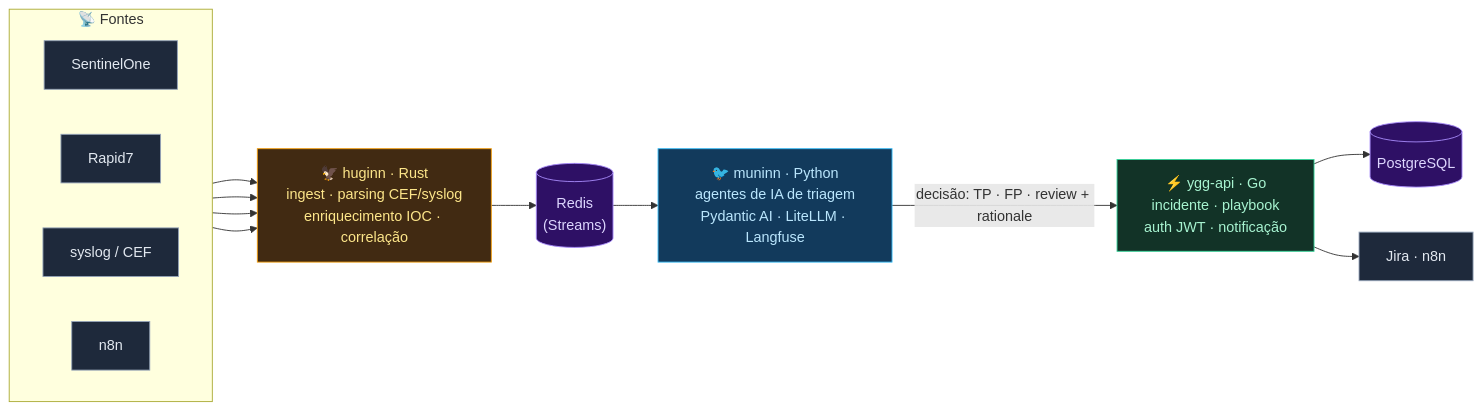
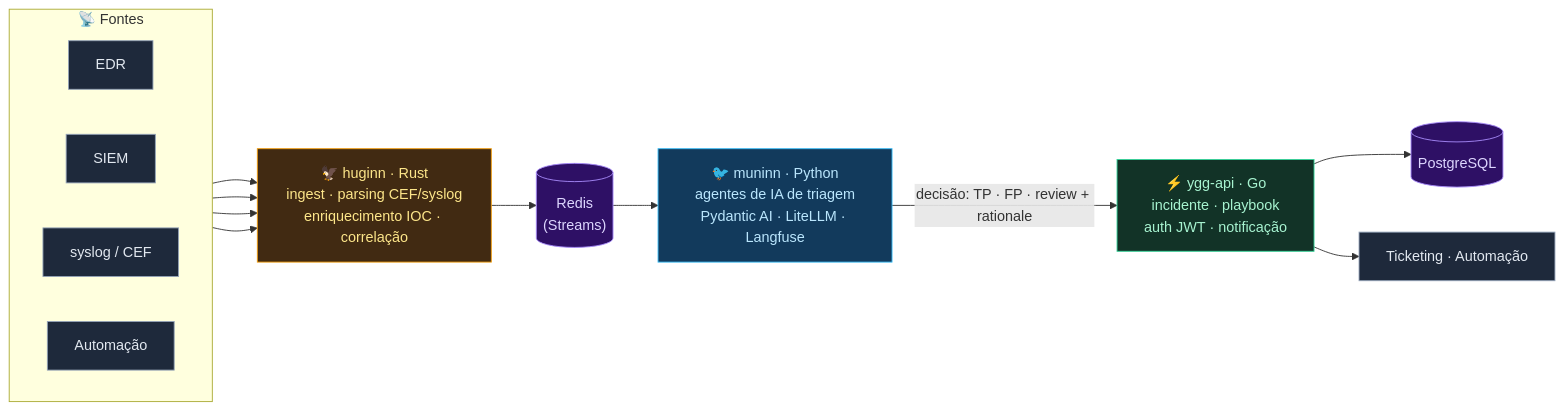
Before and after one commit to somoza00/Yggdrasil: the diagram in README.md, drawn with Mermaid. The commit also changed 8 other files, not shown here.

````diff
--- a/README.md
+++ b/README.md
@@ -25,34 +25,34 @@
 ```mermaid
 flowchart LR
     subgraph SRC["📡 Fontes"]
         direction LR
-        S1["SentinelOne"]
-        S2["Rapid7"]
-        S3["syslog / CEF"]
-        S4["n8n"]
+        F1["EDR"]
+        F2["SIEM"]
+        F3["syslog / CEF"]
+        F4["Automação"]
     end
 
     HGI["🦅 huginn · Rust<br/>ingest · parsing CEF/syslog<br/>enriquecimento IOC · correlação"]
     REDIS[("Redis<br/>(Streams)")]
     MNN["🐦 muninn · Python<br/>agentes de IA de triagem<br/>Pydantic AI · LiteLLM · Langfuse"]
     YGG["⚡ ygg-api · Go<br/>incidente · playbook<br/>auth JWT · notificação"]
     DB[("PostgreSQL")]
 
-    S1 & S2 & S3 & S4 --> HGI
+    F1 & F2 & F3 & F4 --> HGI
     HGI --> REDIS
     REDIS --> MNN
     MNN -->|"decisão: TP · FP · review + rationale"| YGG
     YGG --> DB
-    YGG --> OUT["Jira · n8n"]
+    YGG --> OUT["Ticketing · Automação"]
 
     classDef src  fill:#1e293b,stroke:#94a3b8,color:#e2e8f0
     classDef rust fill:#412a12,stroke:#f59e0b,color:#fde68a
     classDef py   fill:#123a5c,stroke:#38bdf8,color:#bae6fd
     classDef go   fill:#123327,stroke:#34d399,color:#a7f3d0
     classDef db   fill:#2e1065,stroke:#a78bfa,color:#ddd6fe
-    class S1,S2,S3,S4,OUT src
+    class F1,F2,F3,F4,OUT src
     class HGI rust
     class MNN py
     class YGG go
     class REDIS,DB db
 ```
````
